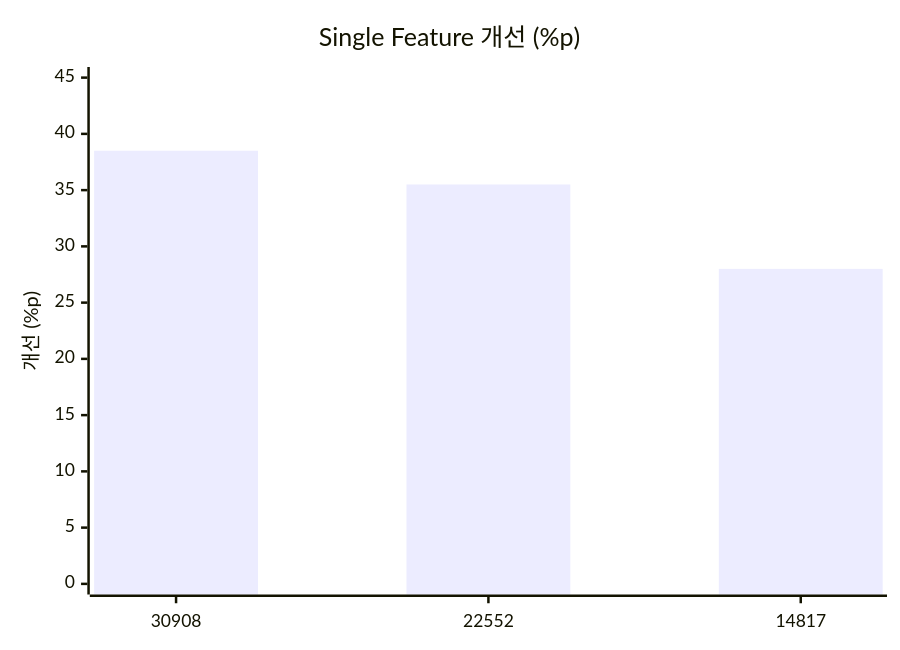
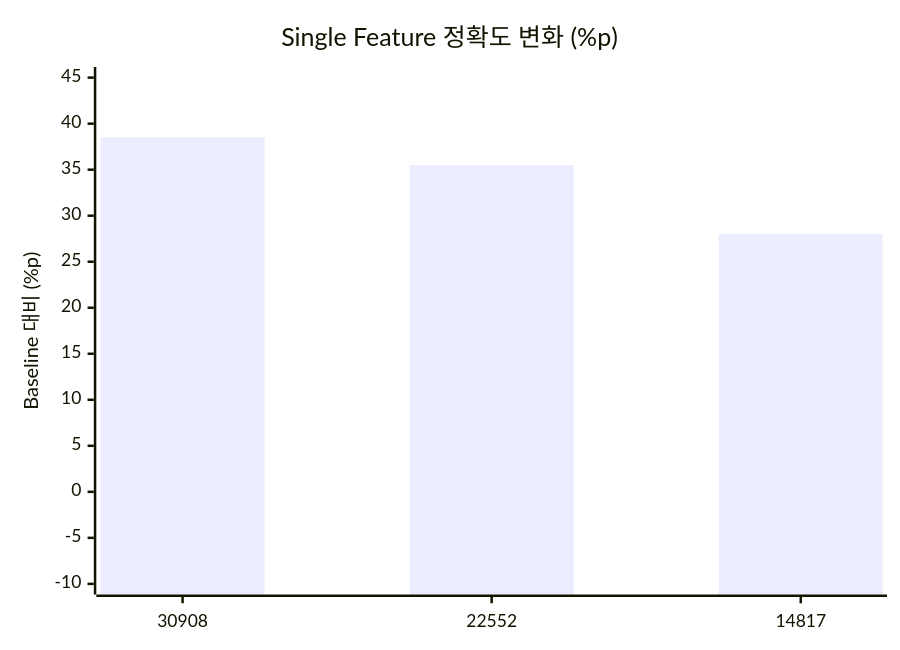
Before and after one commit to davidkss/mindscopex_analysis: the second of 5 diagrams in research/journal/2026-10-01_2026-10-10.md, drawn with Mermaid. The commit also changed other lines of this file, not shown here.

````diff
--- a/research/journal/2026-10-01_2026-10-10.md
+++ b/research/journal/2026-10-01_2026-10-10.md
@@ -56,7 +59,7 @@
 ```mermaid
 xychart-beta
-    title "Single Feature 개선 (%p)"
-    x-axis [30908, 22552, 14817]
-    y-axis "개선 (%p)" 0 --> 45
+    title "Single Feature 정확도 변화 (%p)"
+    x-axis ["30908", "22552", "14817"]
+    y-axis "Baseline 대비 (%p)" -10 --> 45
     bar [38.5, 35.5, 28]
 ```
````
